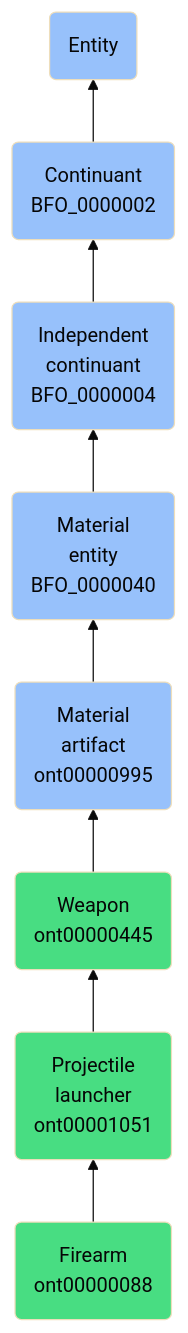
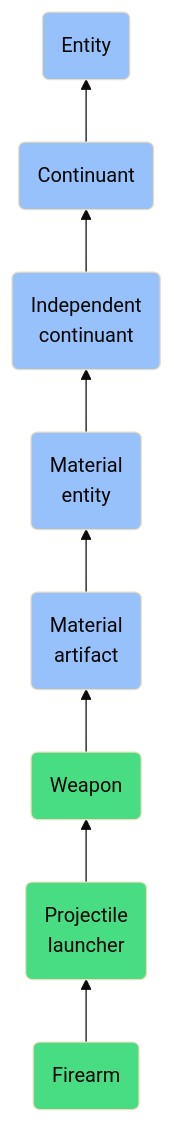
One commit to jupyter-naas/abi changed the diagram in docs/ontology/reference/model/Entity/Continuant/Independent continuant/Material entity/Material artifact/Weapon/Projectile launcher/Firearm/Firearm.md. Above: the diagram before and after it, drawn with Mermaid (base theme). The commit also changed other lines of this file and 1430 other files, not shown here.

````diff
--- a/docs/ontology/reference/model/Entity/Continuant/Independent continuant/Material entity/Material artifact/Weapon/Projectile launcher/Firearm/Firearm.md
+++ b/docs/ontology/reference/model/Entity/Continuant/Independent continuant/Material entity/Material artifact/Weapon/Projectile launcher/Firearm/Firearm.md
@@ -24,15 +24,15 @@
 ```mermaid
 graph BT
-    ont00000088(Firearm<br>ont00000088):::ABI-->ont00001051
-    ont00001051(Projectile<br>launcher<br>ont00001051):::ABI-->ont00000445
-    ont00000445(Weapon<br>ont00000445):::ABI-->ont00000995
-    ont00000995(Material<br>artifact<br>ont00000995):::BFO-->BFO_0000040
-    BFO_0000040(Material<br>entity<br>BFO_0000040):::BFO-->BFO_0000004
-    BFO_0000004(Independent<br>continuant<br>BFO_0000004):::BFO-->BFO_0000002
-    BFO_0000002(Continuant<br>BFO_0000002):::BFO-->BFO_0000001
+    ont00000088(Firearm):::ABI-->ont00001051
+    ont00001051(Projectile<br>launcher):::ABI-->ont00000445
+    ont00000445(Weapon):::ABI-->ont00000995
+    ont00000995(Material<br>artifact):::BFO-->BFO_0000040
+    BFO_0000040(Material<br>entity):::BFO-->BFO_0000004
+    BFO_0000004(Independent<br>continuant):::BFO-->BFO_0000002
+    BFO_0000002(Continuant):::BFO-->BFO_0000001
     BFO_0000001(Entity):::BFO
     
     classDef BFO fill:#97c1fb,color:#060606
     classDef CCO fill:#e4c51e,color:#060606
     classDef ABI fill:#48DD82,color:#060606
 ```
````
